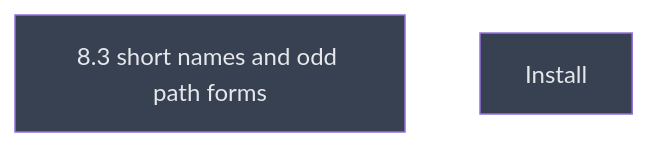
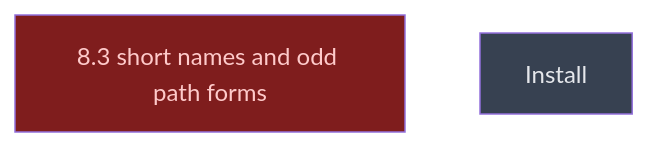
The diagram in __roadmap__/windows_install/next/next/README.md (CrackingShells/Murmuration), drawn with Mermaid before and after one commit. The commit also changed other lines of this file and 10 other files, not shown here.

First line of the commit message:
docs(roadmap): close the guard's leaves as blocked by A1

````diff
--- a/__roadmap__/windows_install/next/next/README.md
+++ b/__roadmap__/windows_install/next/next/README.md
@@ -16,10 +16,10 @@
 ```mermaid
 graph TD
-    path_gaps[8.3 short names and odd path forms]:::planned
+    path_gaps[8.3 short names and odd path forms]:::blocked
     next[Install]:::planned
     classDef done       fill:#166534,color:#bbf7d0
     classDef inprogress fill:#854d0e,color:#fef08a
     classDef planned    fill:#374151,color:#e5e7eb
     classDef amendment  fill:#1e3a5f,color:#bfdbfe
     classDef blocked    fill:#7f1d1d,color:#fecaca
 ```
````
